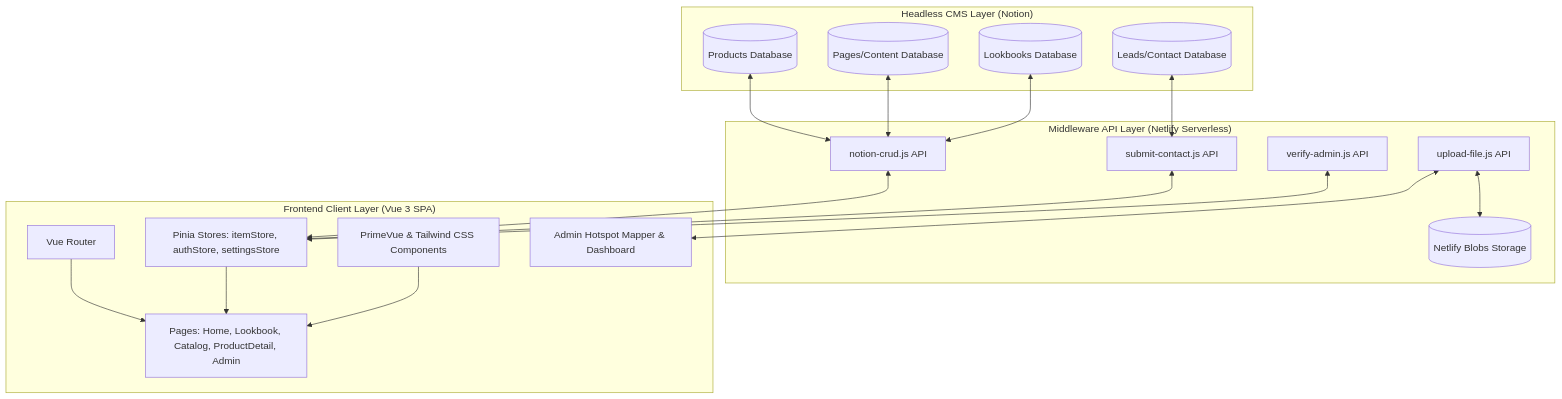
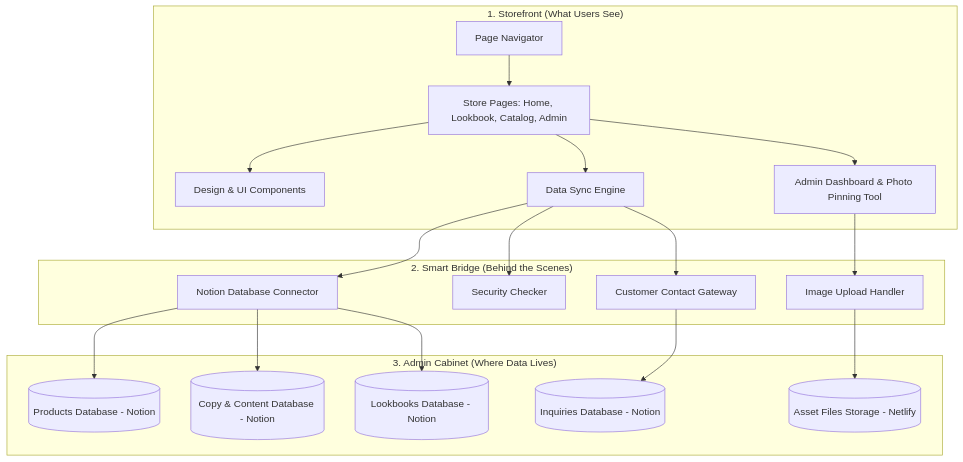
One commit to heartstchr/heartstchr.github.io changed the diagram in docs/.vuepress/data/details/furniture-landing-page.md. Above: the diagram before and after it, drawn with Mermaid. The commit also changed 28 other files, not shown here.

````diff
--- a/docs/.vuepress/data/details/furniture-landing-page.md
+++ b/docs/.vuepress/data/details/furniture-landing-page.md
@@ -13,39 +13,46 @@
 ```mermaid
 graph TD
-    subgraph "Headless CMS Layer (Notion)"
-        ProductsDB[(Products Database)]
-        PagesDB[(Pages/Content Database)]
-        LookbookDB[(Lookbooks Database)]
-        LeadsDB[(Leads/Contact Database)]
+    subgraph "1. Storefront (What Users See)"
+        Router[Page Navigator]
+        Pages[Store Pages: Home, Lookbook, Catalog, Admin]
+        Stores[Data Sync Engine]
+        UI[Design & UI Components]
+        AdminPanel[Admin Dashboard & Photo Pinning Tool]
     end
 
-    subgraph "Middleware API Layer (Netlify Serverless)"
-        NotionCRUD[notion-crud.js API]
-        UploadFile[upload-file.js API]
-        SubmitContact[submit-contact.js API]
-        VerifyAdmin[verify-admin.js API]
-        NetlifyBlobs[(Netlify Blobs Storage)]
+    subgraph "2. Smart Bridge (Behind the Scenes)"
+        NotionCRUD[Notion Database Connector]
+        UploadFile[Image Upload Handler]
+        SubmitContact[Customer Contact Gateway]
+        VerifyAdmin[Security Checker]
     end
 
-    subgraph "Frontend Client Layer (Vue 3 SPA)"
-        Router[Vue Router] --> Pages[Pages: Home, Lookbook, Catalog, ProductDetail, Admin]
-        Stores[Pinia Stores: itemStore, authStore, settingsStore]
-        UI[PrimeVue & Tailwind CSS Components]
-        AdminPanel[Admin Hotspot Mapper & Dashboard]
+    subgraph "3. Admin Cabinet (Where Data Lives)"
+        ProductsDB[(Products Database - Notion)]
+        PagesDB[(Copy & Content Database - Notion)]
+        LookbookDB[(Lookbooks Database - Notion)]
+        LeadsDB[(Inquiries Database - Notion)]
+        NetlifyBlobs[(Asset Files Storage - Netlify)]
     end
 
     %% Relationships
-    ProductsDB <--> NotionCRUD
-    PagesDB <--> NotionCRUD
-    LookbookDB <--> NotionCRUD
-    LeadsDB <--> SubmitContact
+    Router --> Pages
+    Pages --> Stores
+    Pages --> UI
+    Pages --> AdminPanel
     
-    NotionCRUD <--> Stores
-    SubmitContact <--> Stores
-    VerifyAdmin <--> Stores
-    UploadFile <--> NetlifyBlobs
-    UploadFile <--> AdminPanel
+    Stores --> NotionCRUD
+    Stores --> SubmitContact
+    Stores --> VerifyAdmin
+    AdminPanel --> UploadFile
     
-    Stores --> Pages
-    UI --> Pages
+    NotionCRUD --> ProductsDB
+    NotionCRUD --> PagesDB
+    NotionCRUD --> LookbookDB
+    SubmitContact --> LeadsDB
+    UploadFile --> NetlifyBlobs
+    
+    %% Spacer links to force vertical alignment
+    UI ~~~ NotionCRUD
+    VerifyAdmin ~~~ LeadsDB
 ```
````
